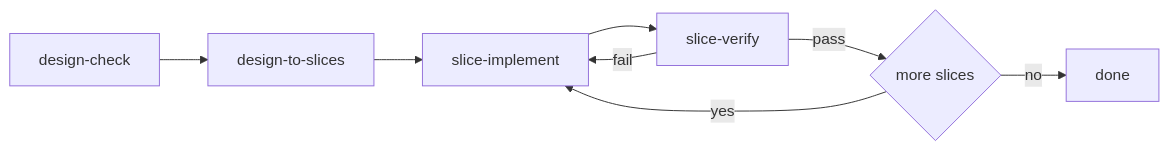
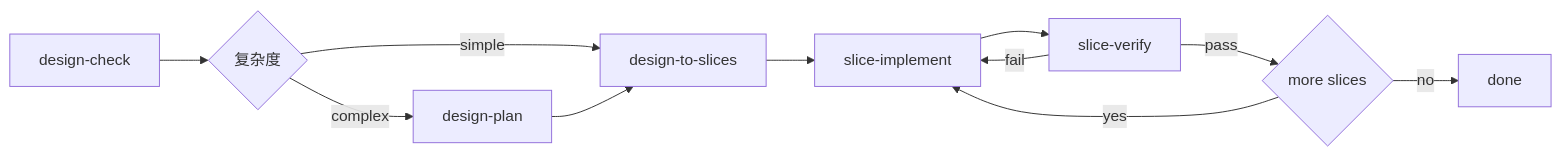
The diagram in skill/README.md (LeeLiangmin/ai_codegen), drawn with Mermaid before and after one commit. The commit also changed other lines of this file and 17 other files, not shown here.

Commit message:
feat: add plan before slices

````diff
--- a/skill/README.md
+++ b/skill/README.md
@@ -51,10 +51,13 @@
 ```mermaid
 flowchart LR
-    A[design-check] --> B[design-to-slices]
-    B --> C[slice-implement]
-    C --> D[slice-verify]
-    D -->|pass| E{more slices}
-    E -->|yes| C
-    E -->|no| F[done]
-    D -->|fail| C
+    A[design-check] --> B{复杂度}
+    B -->|simple| C[design-to-slices]
+    B -->|complex| P[design-plan]
+    P --> C
+    C --> D[slice-implement]
+    D --> E[slice-verify]
+    E -->|pass| F{more slices}
+    F -->|yes| D
+    F -->|no| G[done]
+    E -->|fail| D
 ```
````
